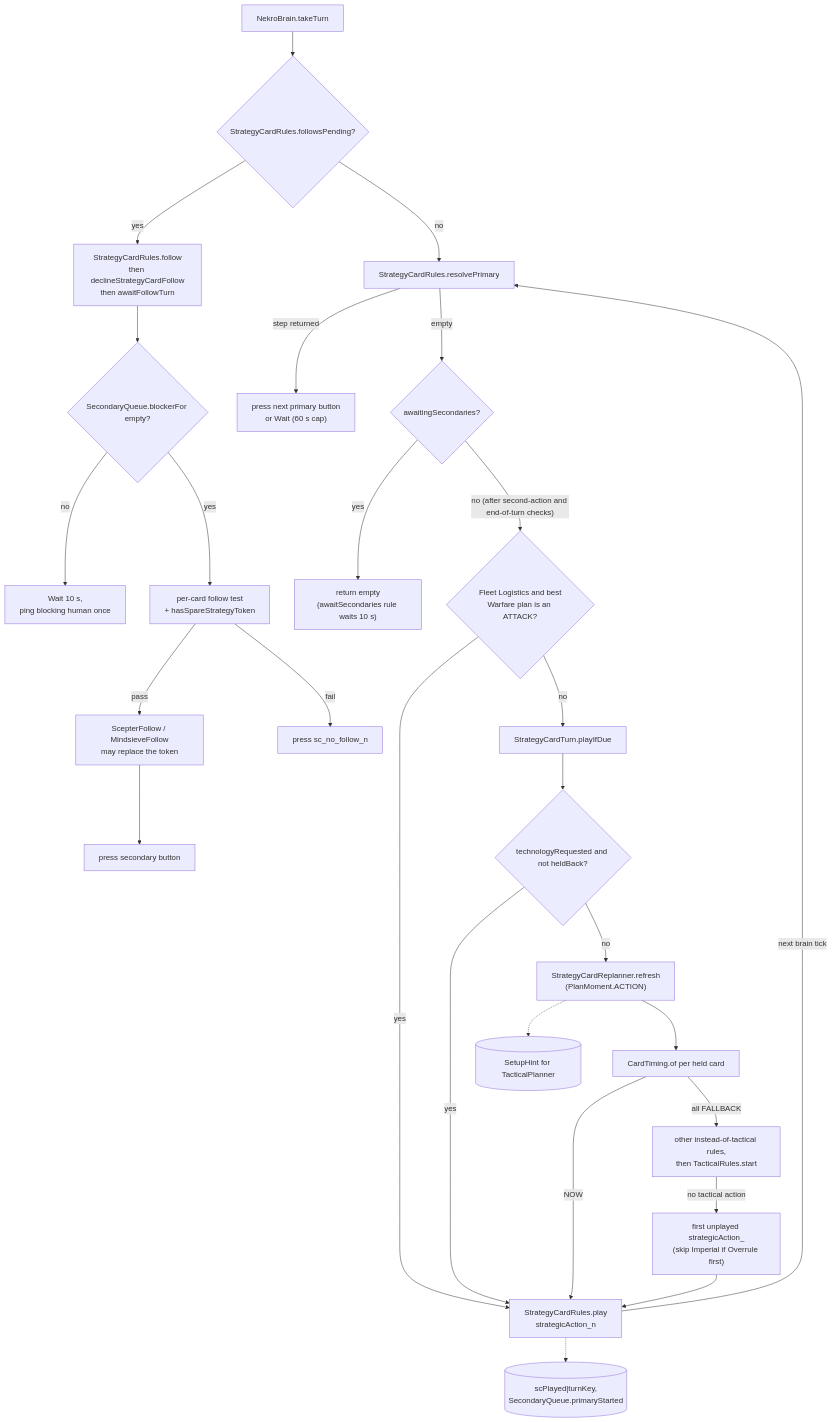
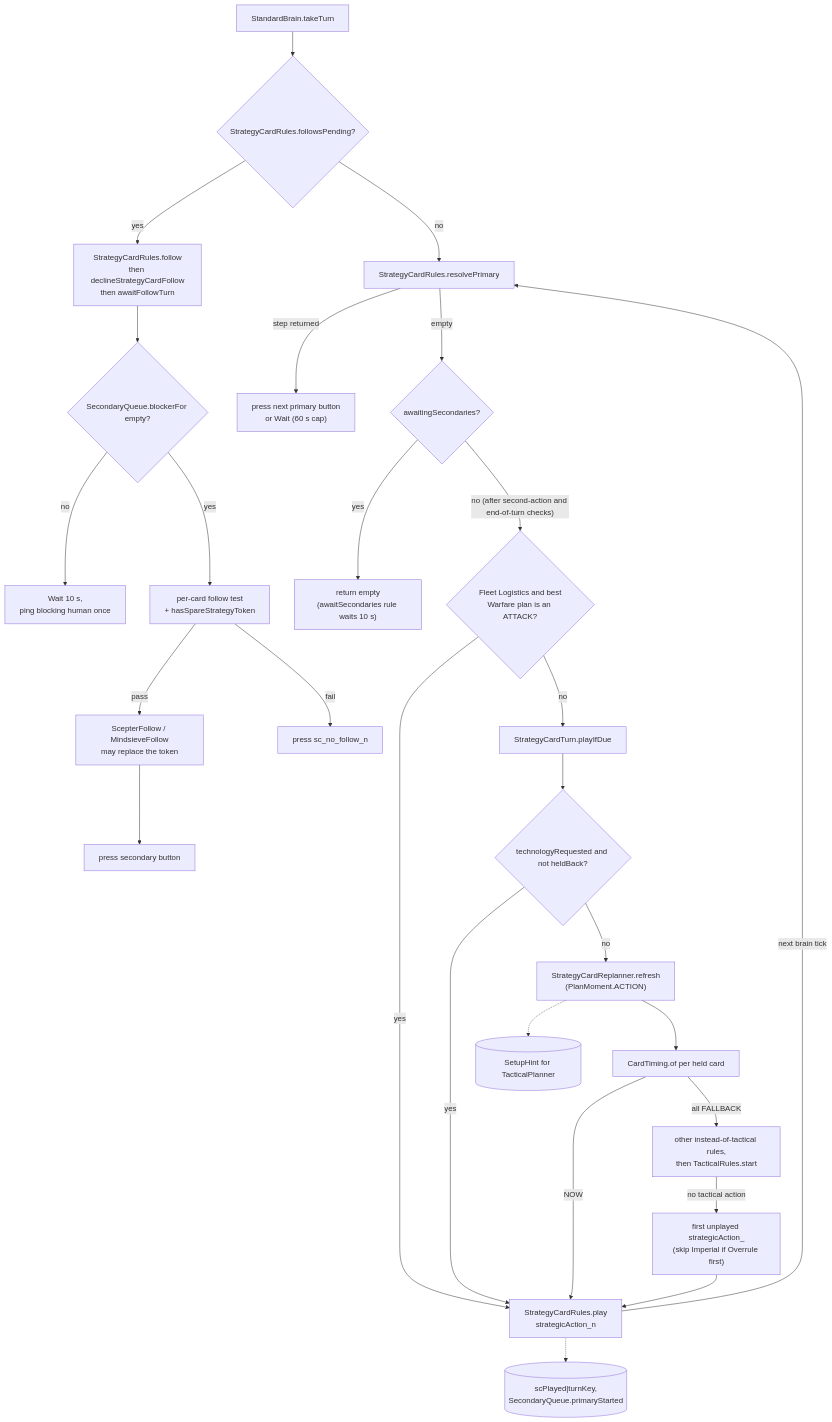
The second of 2 diagrams in src/main/java/ti4/ai/strategy/README.md (AsyncTI4/TI4_map_generator_bot), drawn with Mermaid before and after one commit. The commit also changed other lines of this file and 64 other files, not shown here.

````diff
--- a/src/main/java/ti4/ai/strategy/README.md
+++ b/src/main/java/ti4/ai/strategy/README.md
@@ -327,29 +327,29 @@
 ```mermaid
 flowchart TD
-    TT["NekroBrain.takeTurn"] --> FP{"StrategyCardRules.followsPending?"}
+    TT["StandardBrain.takeTurn"] --> FP{"StrategyCardRules.followsPending?"}
     FP -- yes --> FOL["StrategyCardRules.follow<br/>then declineStrategyCardFollow<br/>then awaitFollowTurn"]
     FP -- no --> RP["StrategyCardRules.resolvePrimary"]
     RP -- "step returned" --> STEP["press next primary button<br/>or Wait (60 s cap)"]
     RP -- "empty" --> AS{"awaitingSecondaries?"}
     AS -- yes --> IDLE["return empty<br/>(awaitSecondaries rule waits 10 s)"]
     AS -- "no (after second-action and end-of-turn checks)" --> FLW{"Fleet Logistics and best<br/>Warfare plan is an ATTACK?"}
     FLW -- yes --> PLAY
     FLW -- no --> PID["StrategyCardTurn.playIfDue"]
     PID --> REQ{"technologyRequested and not heldBack?"}
     REQ -- yes --> PLAY["StrategyCardRules.play<br/>strategicAction_n"]
     REQ -- no --> REPLAN["StrategyCardReplanner.refresh<br/>(PlanMoment.ACTION)"]
     REPLAN -.-> HINT[("SetupHint for TacticalPlanner")]
     REPLAN --> TIM["CardTiming.of per held card"]
     TIM -- NOW --> PLAY
     TIM -- "all FALLBACK" --> TAC["other instead-of-tactical rules,<br/>then TacticalRules.start"]
     TAC -- "no tactical action" --> FB["first unplayed strategicAction_<br/>(skip Imperial if Overrule first)"]
     FB --> PLAY
     PLAY -.-> MEMP[("scPlayed|turnKey,<br/>SecondaryQueue.primaryStarted")]
     PLAY -- "next brain tick" --> RP
     FOL --> BLOCK{"SecondaryQueue.blockerFor empty?"}
     BLOCK -- no --> WAITF["Wait 10 s,<br/>ping blocking human once"]
     BLOCK -- yes --> TEST["per-card follow test<br/>+ hasSpareStrategyToken"]
     TEST -- pass --> SCEP["ScepterFollow / MindsieveFollow<br/>may replace the token"]
     SCEP --> SEC["press secondary button"]
     TEST -- fail --> DECL["press sc_no_follow_n"]
 ```
````
